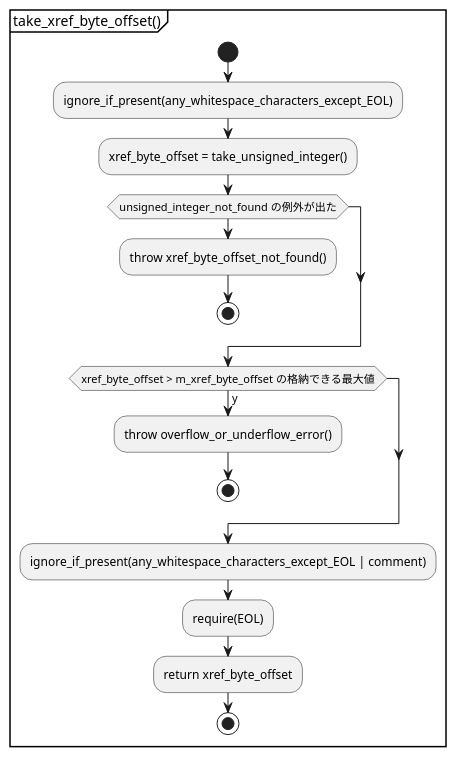
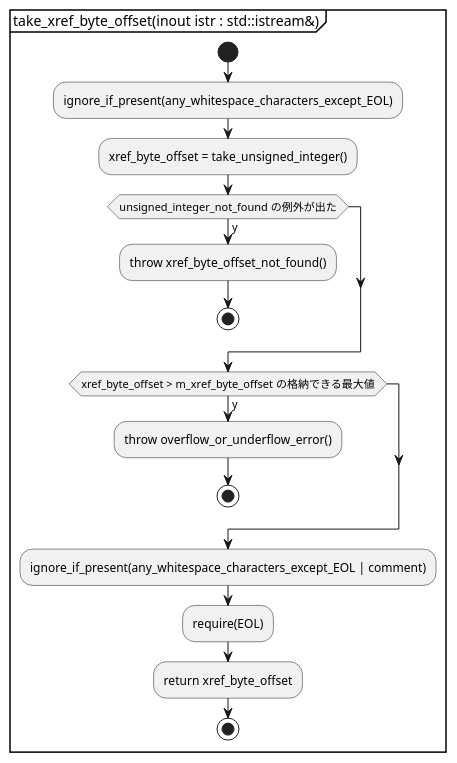
One commit to KodaiYM/PDFReader changed the third of 7 diagrams in document/parser.activity.pu. Above: the diagram before and after it, drawn with PlantUML. The commit also changed other lines of this file and 2 other files, not shown here.

Commit message:
startxref 以下の解析部分の図をUMLの仕様に従って完成

```diff
--- a/document/parser.activity.pu
+++ b/document/parser.activity.pu
@@ -31,19 +31,19 @@
 @startuml take_xref_byte_offset
-partition "take_xref_byte_offset()" {
+partition "take_xref_byte_offset(inout istr : std::istream&)" {
 start
 	:ignore_if_present(any_whitespace_characters_except_EOL);
 	:xref_byte_offset = take_unsigned_integer();
-	if (unsigned_integer_not_found の例外が出た)
+	if (unsigned_integer_not_found の例外が出た) then (y)
 		:throw xref_byte_offset_not_found();
 		stop
 	endif
 	if (xref_byte_offset > m_xref_byte_offset の格納できる最大値) then (y)
 		:throw overflow_or_underflow_error();
 		stop
 	endif
 	:ignore_if_present(any_whitespace_characters_except_EOL | comment);
 	:require(EOL);
 	:return xref_byte_offset;
 stop
 }
 @enduml
```
